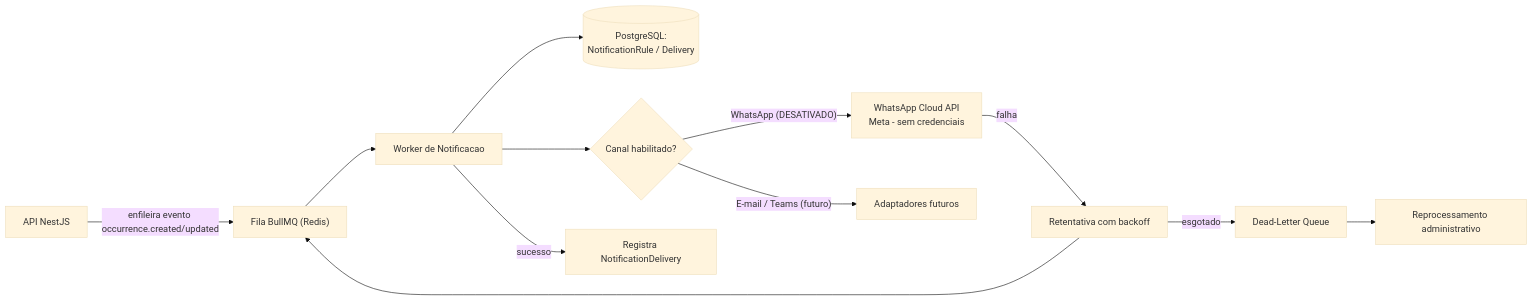
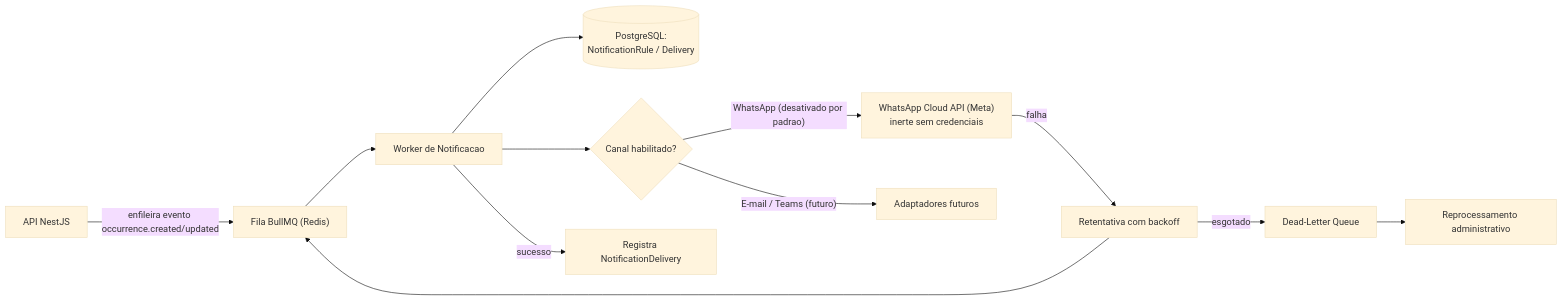
Before and after one commit to alexsandrosodre/qualitytest: the second of 3 diagrams in docs/architecture/notificacoes-whatsapp.md, drawn with Mermaid (base theme). The commit also changed other lines of this file and 41 other files, not shown here.

````diff
--- a/docs/architecture/notificacoes-whatsapp.md
+++ b/docs/architecture/notificacoes-whatsapp.md
@@ -125,14 +125,14 @@
 ```mermaid
 flowchart LR
     API["API NestJS"] -->|"enfileira evento occurrence.created/updated"| Q["Fila BullMQ (Redis)"]
     Q --> W["Worker de Notificacao"]
     W --> DB[("PostgreSQL:<br/>NotificationRule / Delivery")]
     W --> CH{"Canal habilitado?"}
-    CH -- "WhatsApp (DESATIVADO)" --> WA["WhatsApp Cloud API<br/>Meta - sem credenciais"]
+    CH -- "WhatsApp (desativado por padrao)" --> WA["WhatsApp Cloud API (Meta)<br/>inerte sem credenciais"]
     CH -- "E-mail / Teams (futuro)" --> ALT["Adaptadores futuros"]
     WA -- "falha" --> RETRY["Retentativa com backoff"]
     RETRY --> Q
     RETRY -- "esgotado" --> DLQ["Dead-Letter Queue"]
     DLQ --> ADMIN["Reprocessamento administrativo"]
     W -->|sucesso| DEL["Registra NotificationDelivery"]
 ```
````
